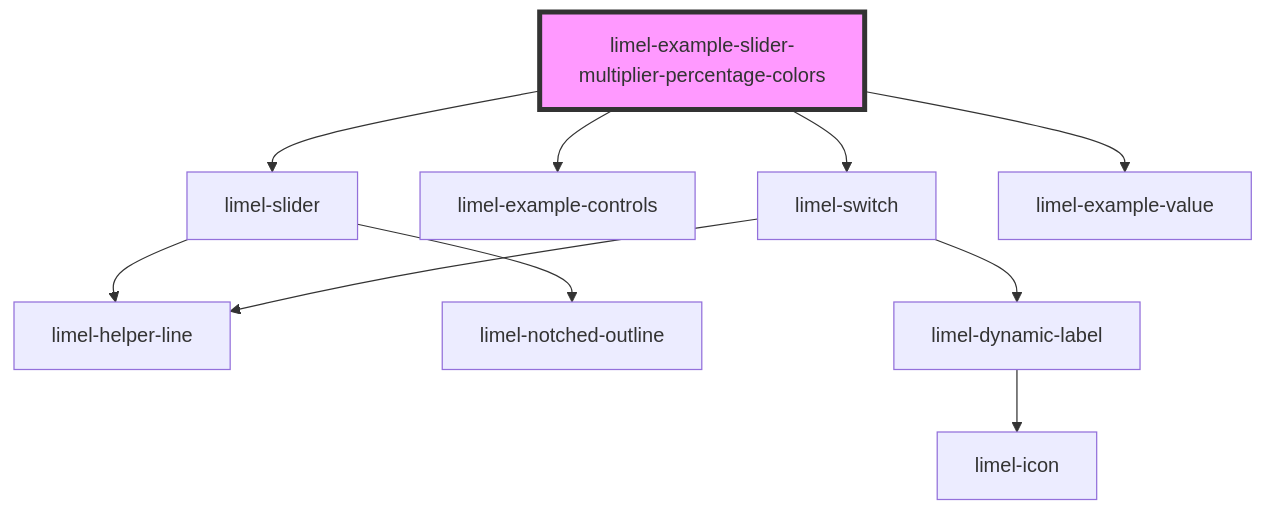
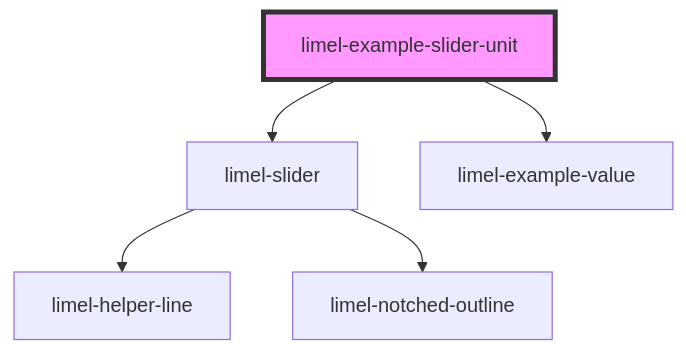
Before and after one commit to Lundalogik/lime-elements: the diagram in versions/PR-3778/markdown-docs/components/slider/examples/readme.md, drawn with Mermaid. The commit also changed other lines of this file and 773 other files, not shown here.

````diff
--- a/versions/PR-3778/markdown-docs/components/slider/examples/readme.md
+++ b/versions/PR-3778/markdown-docs/components/slider/examples/readme.md
@@ -25,13 +25,8 @@
 ```mermaid
 graph TD;
-  limel-example-slider-multiplier-percentage-colors --> limel-slider
-  limel-example-slider-multiplier-percentage-colors --> limel-example-controls
-  limel-example-slider-multiplier-percentage-colors --> limel-switch
-  limel-example-slider-multiplier-percentage-colors --> limel-example-value
+  limel-example-slider-unit --> limel-slider
+  limel-example-slider-unit --> limel-example-value
   limel-slider --> limel-helper-line
   limel-slider --> limel-notched-outline
-  limel-switch --> limel-helper-line
-  limel-switch --> limel-dynamic-label
-  limel-dynamic-label --> limel-icon
-  style limel-example-slider-multiplier-percentage-colors fill:#f9f,stroke:#333,stroke-width:4px
+  style limel-example-slider-unit fill:#f9f,stroke:#333,stroke-width:4px
 ```
````
